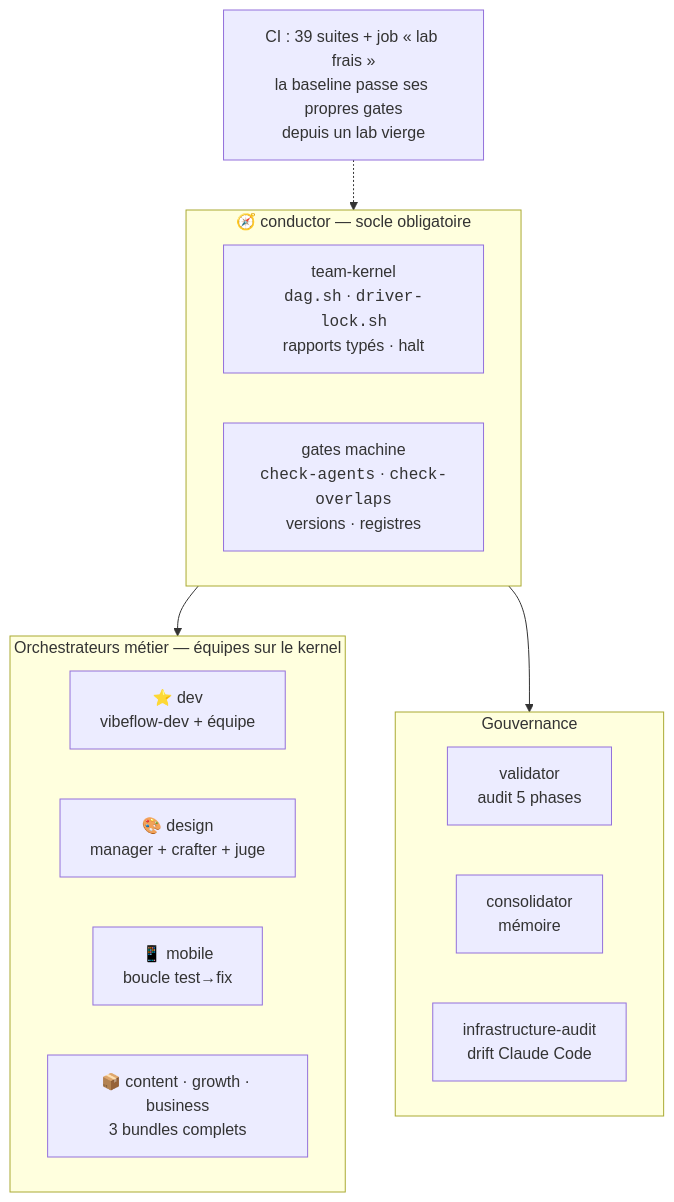
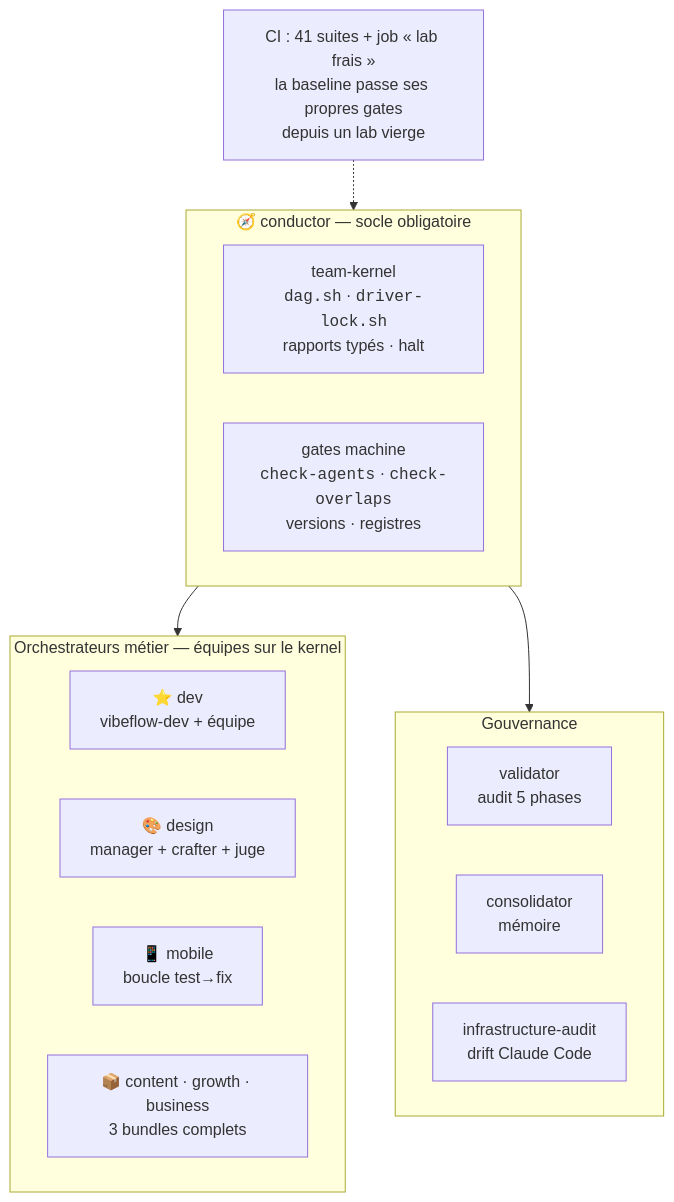
The fourth of 4 diagrams in README.fr.md (picmakpro/vibeflow-os), drawn with Mermaid before and after one commit. The commit also changed other lines of this file and 6 other files, not shown here.

````diff
--- a/README.fr.md
+++ b/README.fr.md
@@ -151,21 +151,21 @@
 ```mermaid
 flowchart TD
     subgraph socle["🧭 conductor — socle obligatoire"]
         K["team-kernel<br/><code>dag.sh</code> · <code>driver-lock.sh</code><br/>rapports typés · halt"]
         G["gates machine<br/><code>check-agents</code> · <code>check-overlaps</code><br/>versions · registres"]
     end
     subgraph orch["Orchestrateurs métier — équipes sur le kernel"]
         DEV["⭐ dev<br/>vibeflow-dev + équipe"]
         DES["🎨 design<br/>manager + crafter + juge"]
         MOB["📱 mobile<br/>boucle test→fix"]
         BIZ["📦 content · growth · business<br/>3 bundles complets"]
     end
     subgraph gouv["Gouvernance"]
         V["validator<br/>audit 5 phases"]
         CO["consolidator<br/>mémoire"]
         IA["infrastructure-audit<br/>drift Claude Code"]
     end
     socle --> orch
     socle --> gouv
-    CI["CI : 39 suites + job « lab frais »<br/>la baseline passe ses propres gates<br/>depuis un lab vierge"] -.-> socle
+    CI["CI : 41 suites + job « lab frais »<br/>la baseline passe ses propres gates<br/>depuis un lab vierge"] -.-> socle
 ```
````
